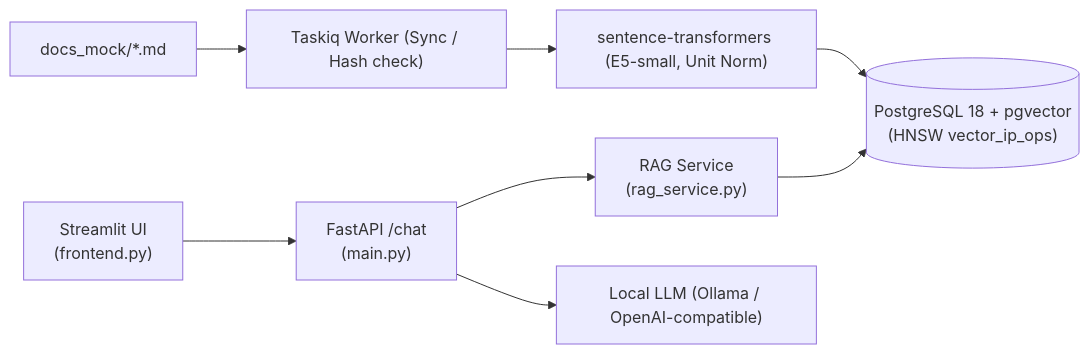
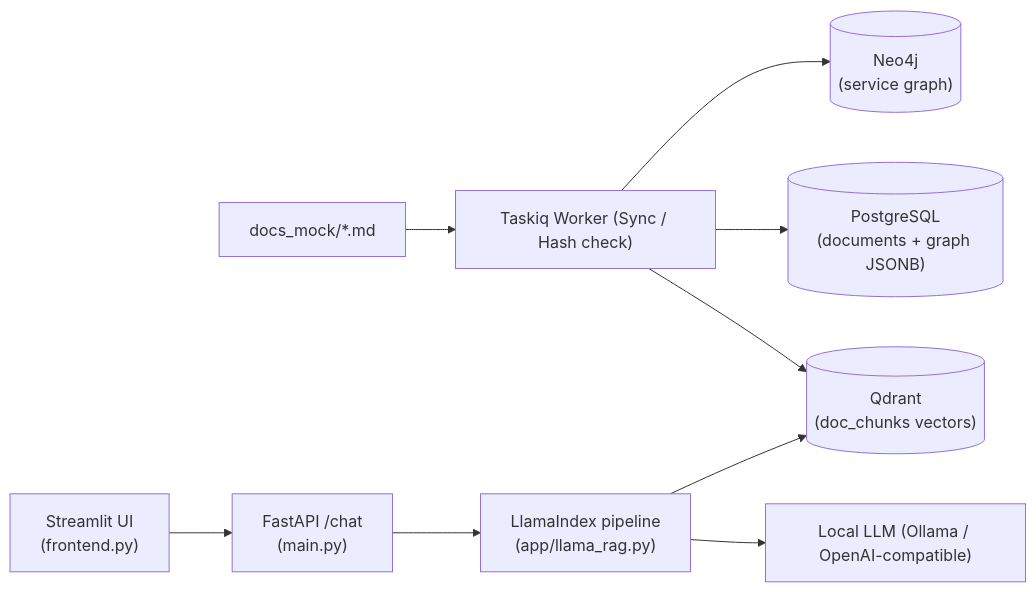
Before and after one commit to Mrslimek/basic-rag-system: the diagram in README.md, drawn with Mermaid. The commit also changed other lines of this file and 15 other files, not shown here.

First line of the commit message:
Consolidate on a single LlamaIndex flow; delete hand-written pipeline

````diff
--- a/README.md
+++ b/README.md
@@ -9,11 +9,12 @@
 ```mermaid
 flowchart LR
     Docs["docs_mock/*.md"] --> Worker["Taskiq Worker (Sync / Hash check)"]
-    Worker --> E5_Enc["sentence-transformers (E5-small, Unit Norm)"]
-    E5_Enc --> PG[("PostgreSQL 18 + pgvector\n(HNSW vector_ip_ops)")]
-    
+    Worker --> PG[("PostgreSQL\n(documents + graph JSONB)")]
+    Worker --> QD[("Qdrant\n(doc_chunks vectors)")]
+    Worker --> NEO[("Neo4j\n(service graph)")]
+
     UI["Streamlit UI\n(frontend.py)"] --> API["FastAPI /chat\n(main.py)"]
-    API --> RAG["RAG Service\n(rag_service.py)"]
-    RAG --> PG
-    API --> LLM["Local LLM (Ollama / OpenAI-compatible)"]
+    API --> RAG["LlamaIndex pipeline\n(app/llama_rag.py)"]
+    RAG --> QD
+    RAG --> LLM["Local LLM (Ollama / OpenAI-compatible)"]
 ```
````
